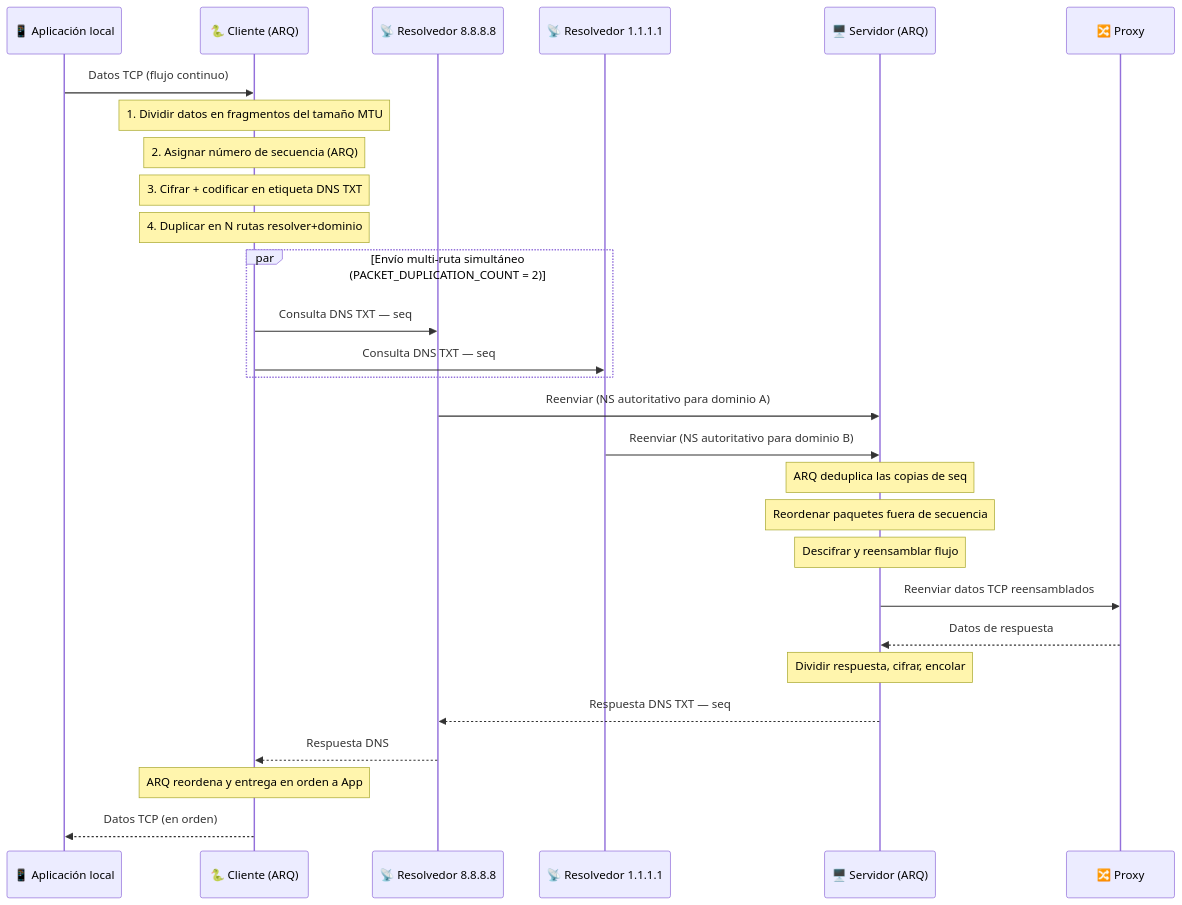
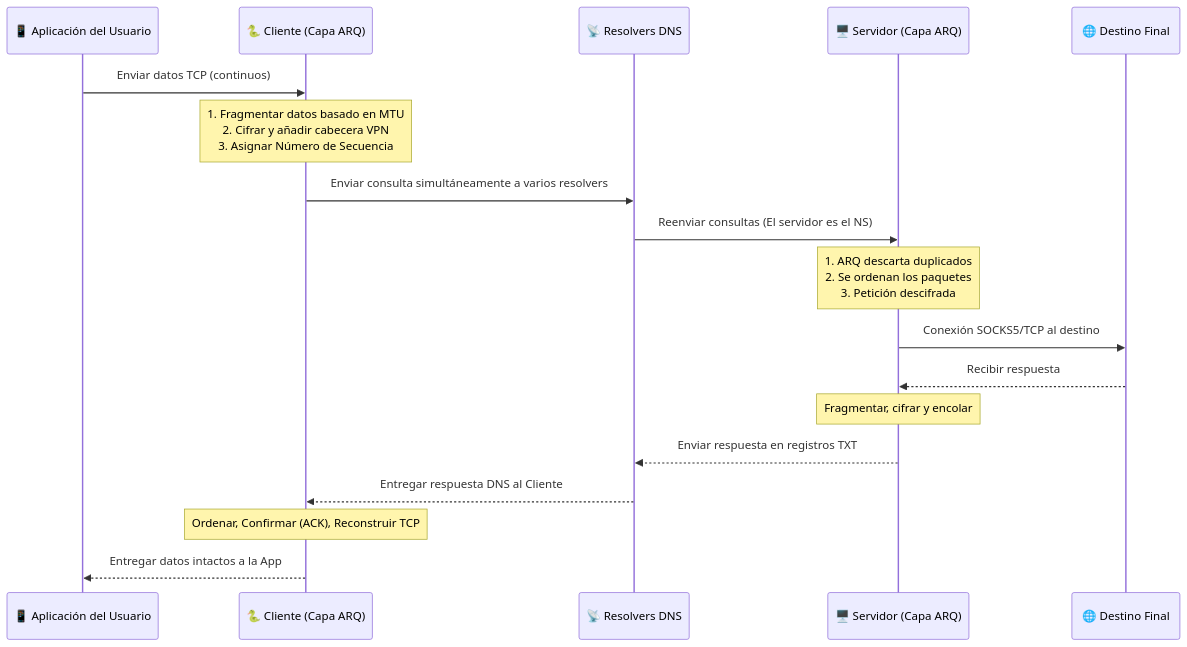
One commit to bhardwajRahul/MasterDnsVPN changed the second of 2 diagrams in README_ES.MD. Above: the diagram before and after it, drawn with Mermaid. The commit also changed other lines of this file and 1 other file, not shown here.

````diff
--- a/README_ES.MD
+++ b/README_ES.MD
@@ -301,40 +333,21 @@
 ```mermaid
 sequenceDiagram
-    participant App as 📱 Aplicación local
-    participant Client as 🐍 Cliente (ARQ)
-    participant DNS1 as 📡 Resolvedor 8.8.8.8
-    participant DNS2 as 📡 Resolvedor 1.1.1.1
-    participant Server as 🖥️ Servidor (ARQ)
-    participant Proxy as 🔀 Proxy
+    participant App as 📱 Aplicación del Usuario
+    participant Client as 🐍 Cliente (Capa ARQ)
+    participant DNS as 📡 Resolvers DNS
+    participant Server as 🖥️ Servidor (Capa ARQ)
+    participant Target as 🌐 Destino Final
 
-    App->>Client: Datos TCP (flujo continuo)
-
-    Note over Client: 1. Dividir datos en fragmentos del tamaño MTU
-    Note over Client: 2. Asignar número de secuencia (ARQ)
-    Note over Client: 3. Cifrar + codificar en etiqueta DNS TXT
-    Note over Client: 4. Duplicar en N rutas resolver+dominio
-
-    par Envío multi-ruta simultáneo (PACKET_DUPLICATION_COUNT = 2)
-        Client->>DNS1: Consulta DNS TXT — seq#5 — dominio A
-        Client->>DNS2: Consulta DNS TXT — seq#5 — dominio B
-    end
-
-    DNS1->>Server: Reenviar (NS autoritativo para dominio A)
-    DNS2->>Server: Reenviar (NS autoritativo para dominio B)
-
-    Note over Server: ARQ deduplica las copias de seq#5
-    Note over Server: Reordenar paquetes fuera de secuencia
-    Note over Server: Descifrar y reensamblar flujo
-
-    Server->>Proxy: Reenviar datos TCP reensamblados
-    Proxy-->>Server: Datos de respuesta
-
-    Note over Server: Dividir respuesta, cifrar, encolar
-
-    Server-->>DNS1: Respuesta DNS TXT — seq#5 ack + datos
-    DNS1-->>Client: Respuesta DNS
-
-    Note over Client: ARQ reordena y entrega en orden a App
-
-    Client-->>App: Datos TCP (en orden)
+    App->>Client: Enviar datos TCP (continuos)
+    Note over Client: 1. Fragmentar datos basado en MTU<br>2. Cifrar y añadir cabecera VPN<br>3. Asignar Número de Secuencia
+    Client->>DNS: Enviar consulta simultáneamente a varios resolvers
+    DNS->>Server: Reenviar consultas (El servidor es el NS)
+    Note over Server: 1. ARQ descarta duplicados<br>2. Se ordenan los paquetes<br>3. Petición descifrada
+    Server->>Target: Conexión SOCKS5/TCP al destino
+    Target-->>Server: Recibir respuesta
+    Note over Server: Fragmentar, cifrar y encolar
+    Server-->>DNS: Enviar respuesta en registros TXT
+    DNS-->>Client: Entregar respuesta DNS al Cliente
+    Note over Client: Ordenar, Confirmar (ACK), Reconstruir TCP
+    Client-->>App: Entregar datos intactos a la App
 ```
````
